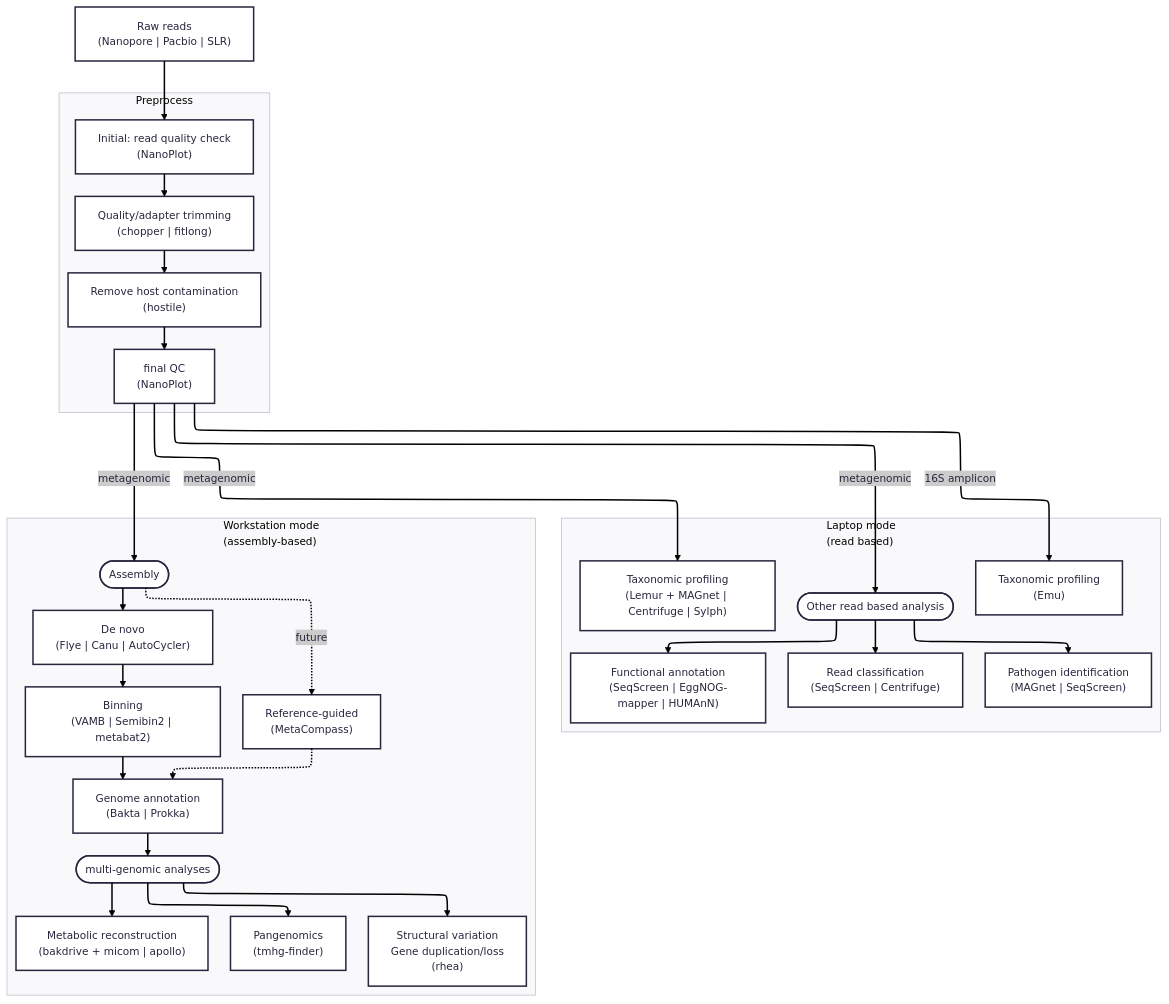
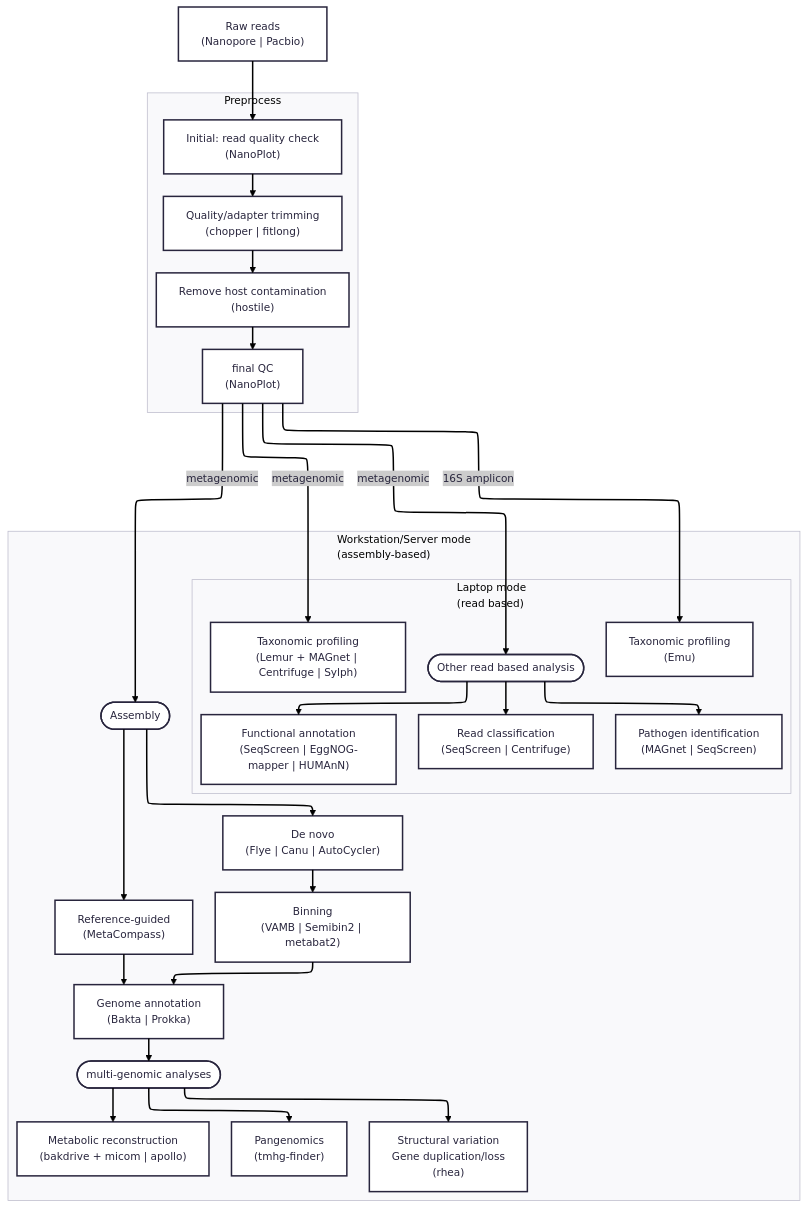
One commit to treangenlab/somatem-docs changed the diagram in flowchart.mmd. Above: the diagram before and after it, drawn with Mermaid.

Commit message:
implementing Todd's suggestions. _need to review_

```diff
--- a/flowchart.mmd
+++ b/flowchart.mmd
@@ -1,72 +1,71 @@
 ---
 config:
   theme: redux
   look: classic
   layout: elk
 ---
 flowchart TD
 
- rawreads["Raw reads<br>(Nanopore | Pacbio | SLR)"] --> initqc
+ rawreads["Raw reads<br>(Nanopore | Pacbio)"] --> initqc
 
 
  subgraph Preprocess
      direction LR
      initqc["Initial: read quality check<br>(NanoPlot)"]
      trimming["Quality/adapter trimming<br>(chopper | fitlong)"]  
      dehost["Remove host contamination<br>(hostile)"]
      finalqc["final QC<br>(NanoPlot)"]
      initqc --> trimming --> dehost --> finalqc
  end
 
- subgraph Laptop_Mode["Laptop mode<br>(read based)"]
-     tax16s["Taxonomic profiling<br>(Emu)"]
-          
-     readanalysis(["Other read based analysis"])
-     classification["Read classification<br>(SeqScreen | Centrifuge)"]
-     pathogen["Pathogen identification<br>(MAGnet | SeqScreen)"]
-     functional["Functional annotation<br>(SeqScreen | EggNOG-mapper | HUMAnN)"]
-     
-     taxonomic["Taxonomic profiling<br>(Lemur + MAGnet | Centrifuge | Sylph)"]
-
-     readanalysis --> classification & pathogen & functional
- end
-
- subgraph Workstation_Mode["Workstation mode<br>(assembly-based)"]
+ subgraph Workstation_Mode["Workstation/Server mode<br>(assembly-based)"]
      assembly(["Assembly"])
      denovo["De novo<br>(Flye | Canu | AutoCycler)"] --> binning
      refguided["Reference-guided<br>(MetaCompass)"]
      binning["Binning<br>(VAMB | Semibin2 | metabat2)"]
      annotation["Genome annotation<br>(Bakta | Prokka)"]
      
      othergenomic(["multi-genomic analyses"])
      pangenomics["Pangenomics<br>(tmhg-finder)"]
      genesnp["Structural variation<br> Gene duplication/loss<br>(rhea)"]
      metabolic["Metabolic reconstruction<br>(bakdrive + micom | apollo)"]
      
-     assembly --> denovo
-     assembly -."future".-> refguided -.-> annotation 
-     binning --> annotation
+     assembly --> denovo & refguided
+     binning & refguided --> annotation
      annotation --> othergenomic
      othergenomic --> pangenomics & genesnp & metabolic
+
+    subgraph Laptop_Mode["Laptop mode<br>(read based)"]
+     tax16s["Taxonomic profiling<br>(Emu)"]
+          
+     readanalysis(["Other read based analysis"])
+     classification["Read classification<br>(SeqScreen | Centrifuge)"]
+     pathogen["Pathogen identification<br>(MAGnet | SeqScreen)"]
+     functional["Functional annotation<br>(SeqScreen | EggNOG-mapper | HUMAnN)"]
+     
+     taxonomic["Taxonomic profiling<br>(Lemur + MAGnet | Centrifuge | Sylph)"]
+
+     readanalysis --> classification & pathogen & functional
+    end
 
  end
 
  finalqc --"16S amplicon"--> tax16s
  finalqc --"metagenomic"--> taxonomic & readanalysis
  finalqc --"metagenomic"--> assembly
  
 
 %% Notes:
 %% What could be "Synthetic data" near data types?
 %% Preprocessing: 
 %%   add length to trimming node (length filtering)
 %%   add depth sampling node
 %% Functional annotation:
 %%   SeqScreen et. al. don't work on laptop. Move to workstation mode?
 %%   Rethink functional annotation name to "ARG" and add `AMR++ with the megares 3 db` to it?
 %% Metabolic reconstruction:
 %%   Bakdrive can take in emu output (Austin). Check and include in the flowchart. 
 %% Database: 
 %%   Add node to show databases in a node?
 %%   Bacteria: GTDB, RefSeq, Plasmid/ARG, viral: ..
 %% Final report: Find a way to show the final report in the flowchart?
```
